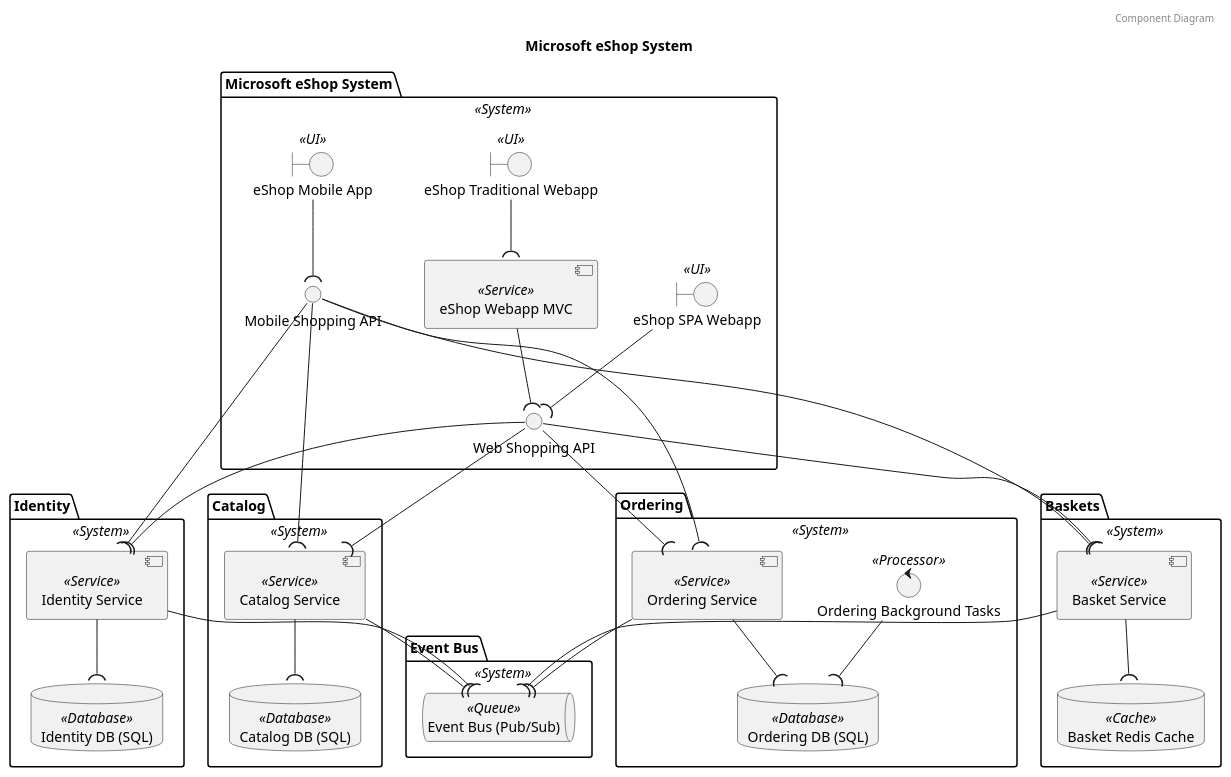
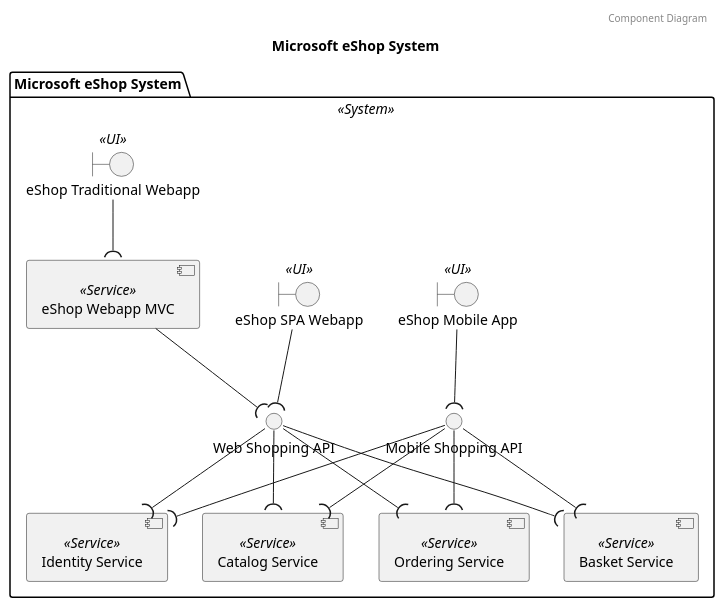
The third of 3 diagrams in diagrams/systems/Microsoft_eShop_System.puml (garrettsutula/example-trellis-project), drawn with PlantUML before and after one commit. The commit also changed other lines of this file and 23 other files, not shown here.

Commit message:
Update deps, add examples of new diagrams, update for breaking interface changes

```diff
--- a/diagrams/systems/Microsoft_eShop_System.puml
+++ b/diagrams/systems/Microsoft_eShop_System.puml
@@ -154,53 +87,28 @@
 @startuml Component Diagram Microsoft eShop System
 header Component Diagram
 title Microsoft eShop System
 package "Microsoft eShop System" as Microsoft_eShop_System_package <<System>>{
 	boundary "eShop Mobile App" as eShop_Mobile_App <<UI>>
 	boundary "eShop SPA Webapp" as eShop_SPA_Webapp <<UI>>
 	boundary "eShop Traditional Webapp" as eShop_Traditional_Webapp <<UI>>
 	component "eShop Webapp MVC" as eShop_Webapp_MVC <<Service>>
 	interface "Mobile Shopping API" as Mobile_Shopping_API
 	interface "Web Shopping API" as Web_Shopping_API
-}
-package "Identity" as Identity_package <<System>>{
 	component "Identity Service" as Identity_Service <<Service>>
-	database "Identity DB (SQL)" as Identity_DB_SQL <<Database>>
-}
-package "Catalog" as Catalog_package <<System>>{
 	component "Catalog Service" as Catalog_Service <<Service>>
-	database "Catalog DB (SQL)" as Catalog_DB_SQL <<Database>>
-}
-package "Ordering" as Ordering_package <<System>>{
 	component "Ordering Service" as Ordering_Service <<Service>>
-	database "Ordering DB (SQL)" as Ordering_DB_SQL <<Database>>
-	control "Ordering Background Tasks" as Ordering_Background_Tasks <<Processor>>
-}
-package "Baskets" as Baskets_package <<System>>{
 	component "Basket Service" as Basket_Service <<Service>>
-	database "Basket Redis Cache" as Basket_Redis_Cache <<Cache>>
-}
-package "Event Bus" as Event_Bus_package <<System>>{
-	queue "Event Bus (Pub/Sub)" as Event_Bus_Pub_Sub <<Queue>>
 }
 	eShop_Mobile_App -down-( Mobile_Shopping_API
 	eShop_Traditional_Webapp -down-( eShop_Webapp_MVC
 	eShop_Webapp_MVC -down-( Web_Shopping_API
 	eShop_SPA_Webapp -down-( Web_Shopping_API
 	Mobile_Shopping_API -down-( Identity_Service
 	Mobile_Shopping_API -down-( Catalog_Service
 	Mobile_Shopping_API -down-( Ordering_Service
 	Mobile_Shopping_API -down-( Basket_Service
 	Web_Shopping_API -down-( Identity_Service
 	Web_Shopping_API -down-( Catalog_Service
 	Web_Shopping_API -down-( Ordering_Service
 	Web_Shopping_API -down-( Basket_Service
-	Identity_Service -down-( Identity_DB_SQL
-	Identity_Service -down-( Event_Bus_Pub_Sub
-	Catalog_Service -down-( Catalog_DB_SQL
-	Catalog_Service -down-( Event_Bus_Pub_Sub
-	Ordering_Service -down-( Ordering_DB_SQL
-	Ordering_Background_Tasks -down-( Ordering_DB_SQL
-	Ordering_Service -down-( Event_Bus_Pub_Sub
-	Basket_Service -down-( Basket_Redis_Cache
-	Basket_Service -down-( Event_Bus_Pub_Sub
 @enduml
```
